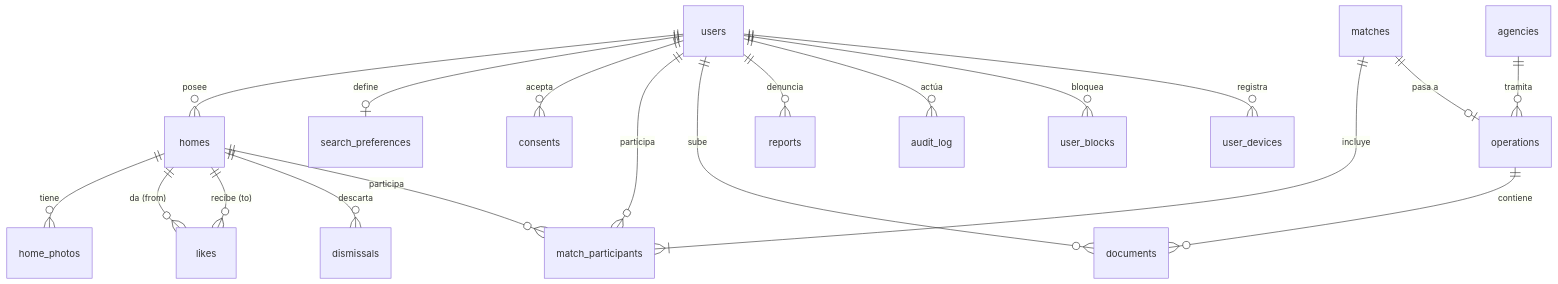
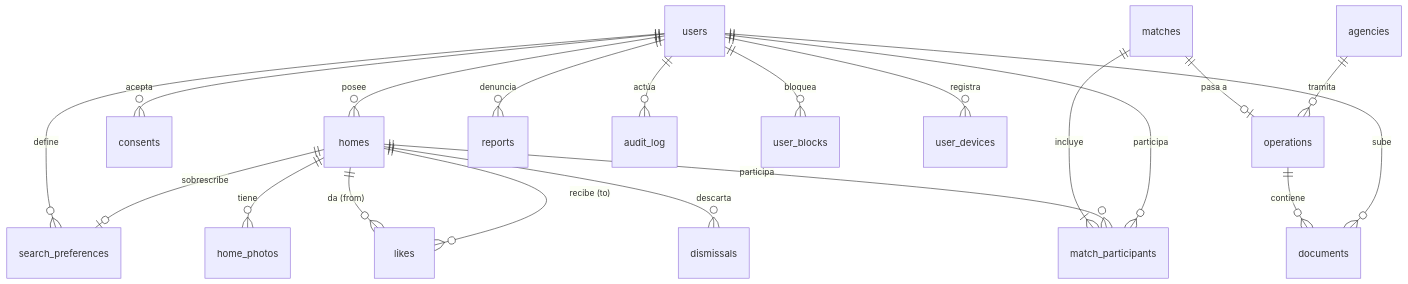
The first of 4 diagrams in docs/datamodel.md (lcasadov/ChangeHouse), drawn with Mermaid before and after one commit. The commit also changed other lines of this file and 6 other files, not shown here.

````diff
--- a/docs/datamodel.md
+++ b/docs/datamodel.md
@@ -19,21 +19,22 @@
 ```mermaid
 erDiagram
     users ||--o{ homes : "posee"
-    users ||--o| search_preferences : "define"
+    users ||--o{ search_preferences : "define"
+    homes ||--o| search_preferences : "sobrescribe"
     users ||--o{ consents : "acepta"
     homes ||--o{ home_photos : "tiene"
     homes ||--o{ likes : "da (from)"
     homes ||--o{ likes : "recibe (to)"
     homes ||--o{ dismissals : "descarta"
     matches ||--|{ match_participants : "incluye"
     homes ||--o{ match_participants : "participa"
     users ||--o{ match_participants : "participa"
     matches ||--o| operations : "pasa a"
     agencies ||--o{ operations : "tramita"
     operations ||--o{ documents : "contiene"
     users ||--o{ documents : "sube"
     users ||--o{ reports : "denuncia"
     users ||--o{ audit_log : "actúa"
     users ||--o{ user_blocks : "bloquea"
     users ||--o{ user_devices : "registra"
 ```
````
